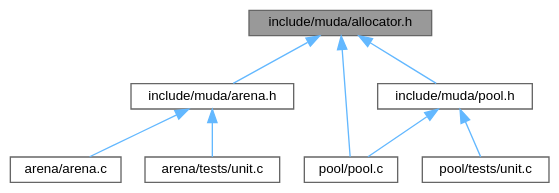
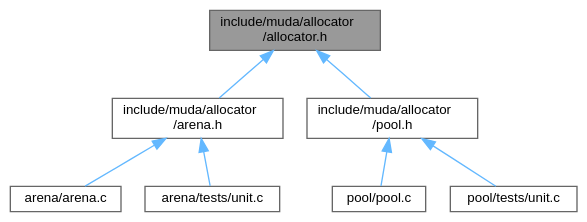
The diagram in docs/d5/d8f/allocator_8h__dep__incl.dot (segfreak/muda), drawn with Graphviz before and after one commit. The commit also changed 122 other files, not shown here.

```diff
--- a/docs/d5/d8f/allocator_8h__dep__incl.dot
+++ b/docs/d5/d8f/allocator_8h__dep__incl.dot
@@ -1,21 +1,20 @@
-digraph "include/muda/allocator.h"
+digraph "include/muda/allocator/allocator.h"
 {
  // LATEX_PDF_SIZE
   bgcolor="transparent";
   edge [fontname=Helvetica,fontsize=10,labelfontname=Helvetica,labelfontsize=10];
   node [fontname=Helvetica,fontsize=10,shape=box,height=0.2,width=0.4];
-  Node1 [id="Node000001",label="include/muda/allocator.h",height=0.2,width=0.4,color="gray40", fillcolor="grey60", style="filled", fontcolor="black",tooltip="Custom allocator function type definitions for MUDA."];
+  Node1 [id="Node000001",label="include/muda/allocator\l/allocator.h",height=0.2,width=0.4,color="gray40", fillcolor="grey60", style="filled", fontcolor="black",tooltip="Custom allocator function type definitions for MUDA."];
   Node1 -> Node2 [id="edge1_Node000001_Node000002",dir="back",color="steelblue1",style="solid",tooltip=" "];
-  Node2 [id="Node000002",label="include/muda/arena.h",height=0.2,width=0.4,color="grey40", fillcolor="white", style="filled",URL="$da/d0c/arena_8h.html",tooltip="Arena-style memory allocator."];
+  Node2 [id="Node000002",label="include/muda/allocator\l/arena.h",height=0.2,width=0.4,color="grey40", fillcolor="white", style="filled",URL="$da/d0c/arena_8h.html",tooltip="Arena-style memory allocator."];
   Node2 -> Node3 [id="edge2_Node000002_Node000003",dir="back",color="steelblue1",style="solid",tooltip=" "];
   Node3 [id="Node000003",label="arena/arena.c",height=0.2,width=0.4,color="grey40", fillcolor="white", style="filled",URL="$de/d6c/arena_8c.html",tooltip=" "];
   Node2 -> Node4 [id="edge3_Node000002_Node000004",dir="back",color="steelblue1",style="solid",tooltip=" "];
   Node4 [id="Node000004",label="arena/tests/unit.c",height=0.2,width=0.4,color="grey40", fillcolor="white", style="filled",URL="$d1/d84/arena_2tests_2unit_8c.html",tooltip=" "];
   Node1 -> Node5 [id="edge4_Node000001_Node000005",dir="back",color="steelblue1",style="solid",tooltip=" "];
-  Node5 [id="Node000005",label="include/muda/pool.h",height=0.2,width=0.4,color="grey40", fillcolor="white", style="filled",URL="$db/db7/pool_8h.html",tooltip="Fixed-size block memory pool allocator."];
+  Node5 [id="Node000005",label="include/muda/allocator\l/pool.h",height=0.2,width=0.4,color="grey40", fillcolor="white", style="filled",URL="$db/db7/pool_8h.html",tooltip="Fixed-size block memory pool allocator."];
   Node5 -> Node6 [id="edge5_Node000005_Node000006",dir="back",color="steelblue1",style="solid",tooltip=" "];
   Node6 [id="Node000006",label="pool/pool.c",height=0.2,width=0.4,color="grey40", fillcolor="white", style="filled",URL="$d4/de5/pool_8c.html",tooltip=" "];
   Node5 -> Node7 [id="edge6_Node000005_Node000007",dir="back",color="steelblue1",style="solid",tooltip=" "];
   Node7 [id="Node000007",label="pool/tests/unit.c",height=0.2,width=0.4,color="grey40", fillcolor="white", style="filled",URL="$de/d12/pool_2tests_2unit_8c.html",tooltip=" "];
-  Node1 -> Node6 [id="edge7_Node000001_Node000006",dir="back",color="steelblue1",style="solid",tooltip=" "];
 }
```
